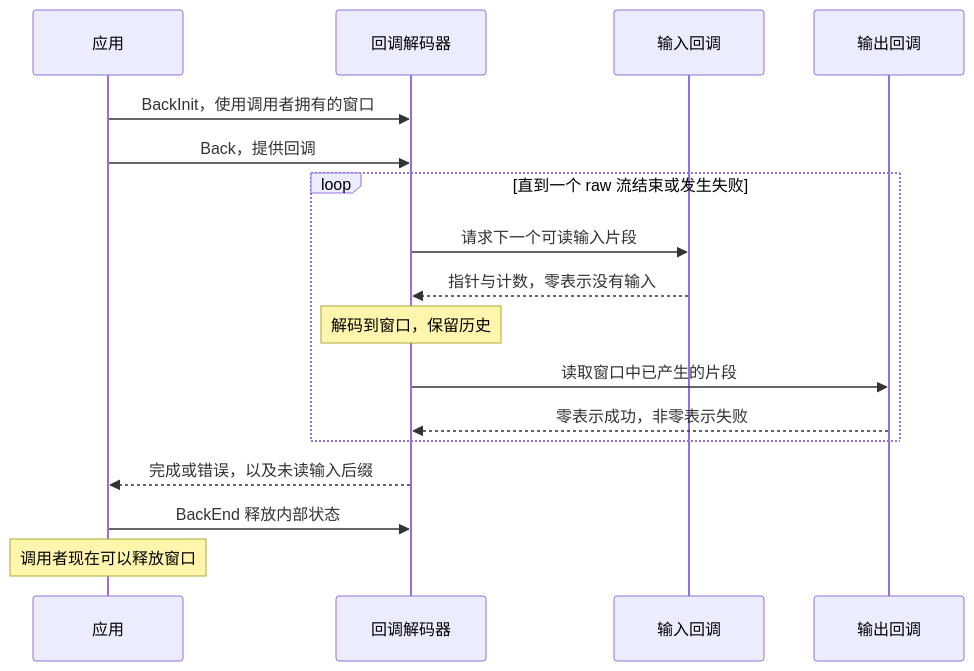
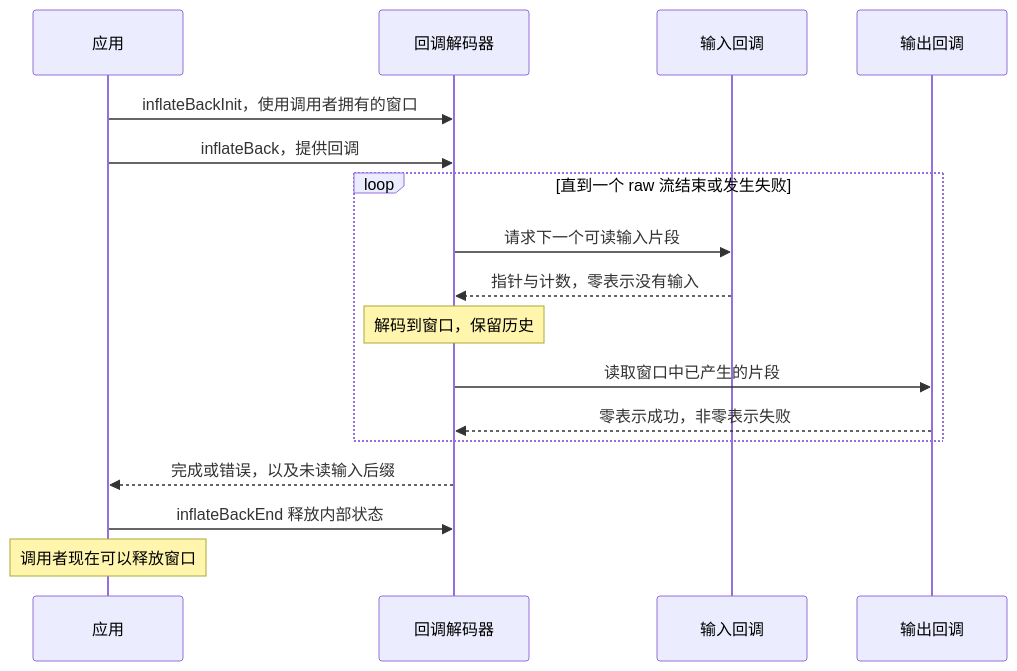
One commit to cla7aye15I4nd/zlib-f changed the second of 4 diagrams in docs/guide/interfaces.zh.md. Above: the diagram before and after it, drawn with Mermaid. The commit also changed other lines of this file and 237 other files, not shown here.

````diff
--- a/docs/guide/interfaces.zh.md
+++ b/docs/guide/interfaces.zh.md
@@ -62,19 +64,19 @@
 ```mermaid
 sequenceDiagram
     participant A as 应用
     participant B as 回调解码器
     participant I as 输入回调
     participant O as 输出回调
-    A->>B: BackInit，使用调用者拥有的窗口
-    A->>B: Back，提供回调
+    A->>B: inflateBackInit，使用调用者拥有的窗口
+    A->>B: inflateBack，提供回调
     loop 直到一个 raw 流结束或发生失败
         B->>I: 请求下一个可读输入片段
         I-->>B: 指针与计数，零表示没有输入
         Note over B: 解码到窗口，保留历史
         B->>O: 读取窗口中已产生的片段
         O-->>B: 零表示成功，非零表示失败
     end
     B-->>A: 完成或错误，以及未读输入后缀
-    A->>B: BackEnd 释放内部状态
+    A->>B: inflateBackEnd 释放内部状态
     Note over A: 调用者现在可以释放窗口
 ```
````
